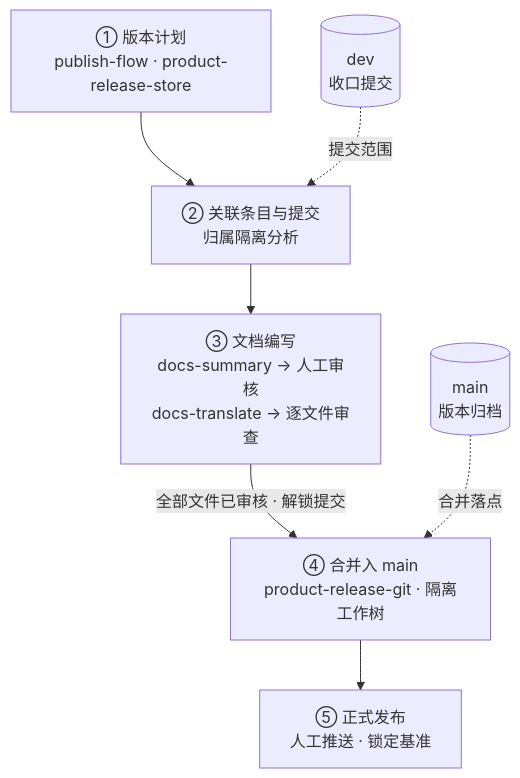
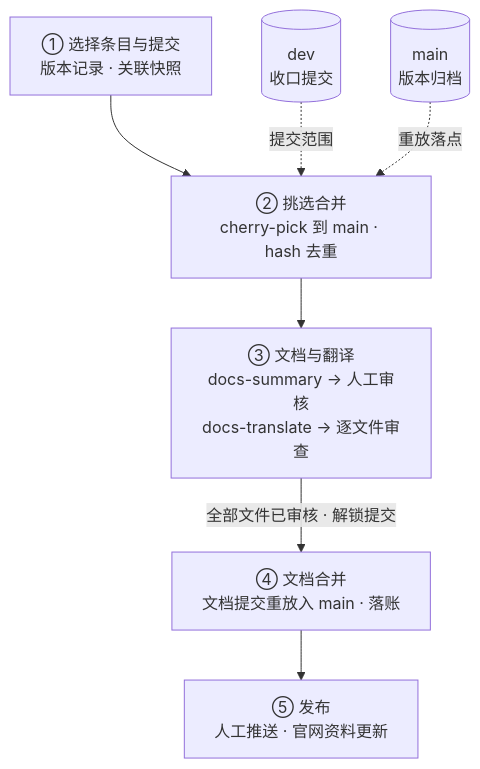
One commit to adichou/agent-team-board changed the third of 4 diagrams in DESIGN.md. Above: the diagram before and after it, drawn with Mermaid. The commit also changed other lines of this file and 11 other files, not shown here.

````diff
--- a/DESIGN.md
+++ b/DESIGN.md
@@ -135,10 +137,10 @@
 ```mermaid
 flowchart TB
-    A["① 版本计划<br/>publish-flow · product-release-store"] --> B["② 关联条目与提交<br/>归属隔离分析"]
-    B --> C["③ 文档编写<br/>docs-summary → 人工审核<br/>docs-translate → 逐文件审查"]
-    C -->|"全部文件已审核 · 解锁提交"| D["④ 合并入 main<br/>product-release-git · 隔离工作树"]
-    D --> E["⑤ 正式发布<br/>人工推送 · 锁定基准"]
+    A["① 选择条目与提交<br/>版本记录 · 关联快照"] --> B["② 挑选合并<br/>cherry-pick 到 main · hash 去重"]
+    B --> C["③ 文档与翻译<br/>docs-summary → 人工审核<br/>docs-translate → 逐文件审查"]
+    C -->|"全部文件已审核 · 解锁提交"| D["④ 文档合并<br/>文档提交重放入 main · 落账"]
+    D --> E["⑤ 发布<br/>人工推送 · 官网资料更新"]
 
     DEV[("dev<br/>收口提交")] -.->|"提交范围"| B
-    MAIN[("main<br/>版本归档")] -.->|"合并落点"| D
+    MAIN[("main<br/>版本归档")] -.->|"重放落点"| B
 ```
````
